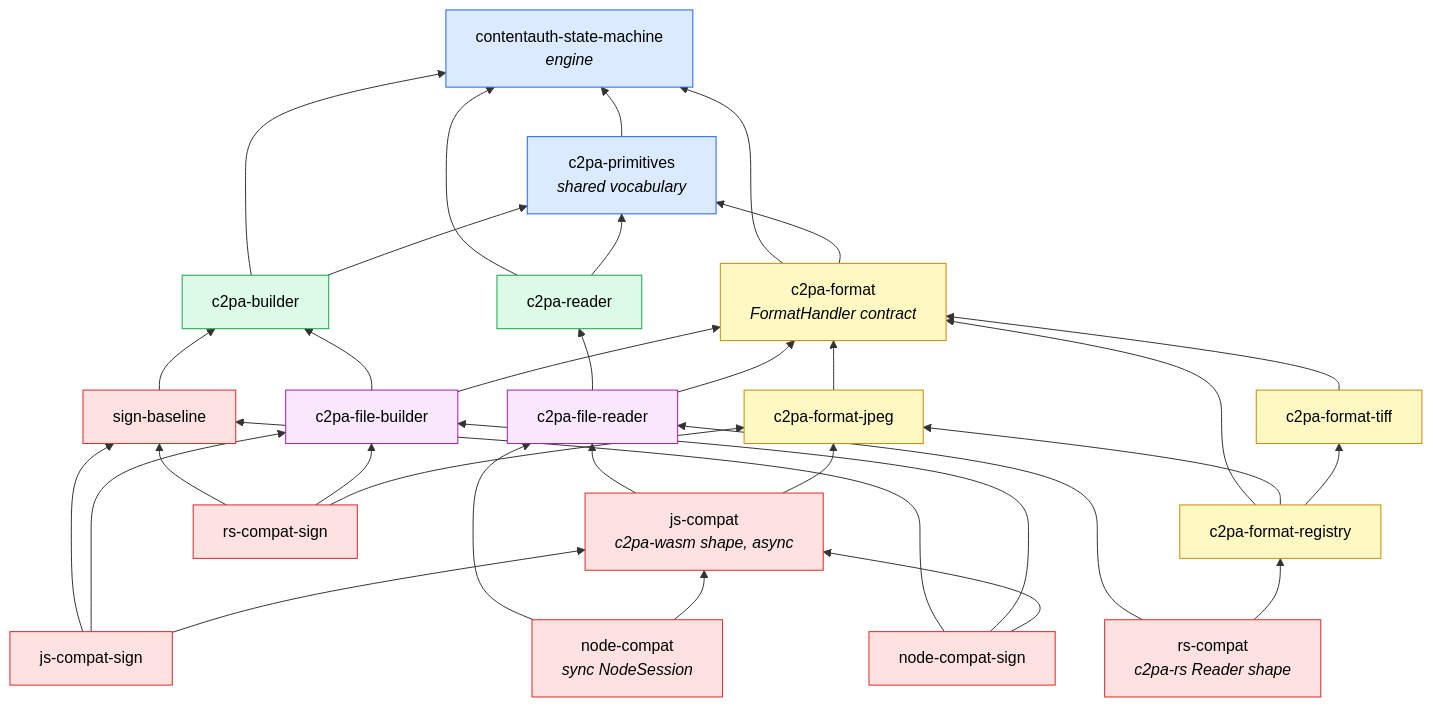
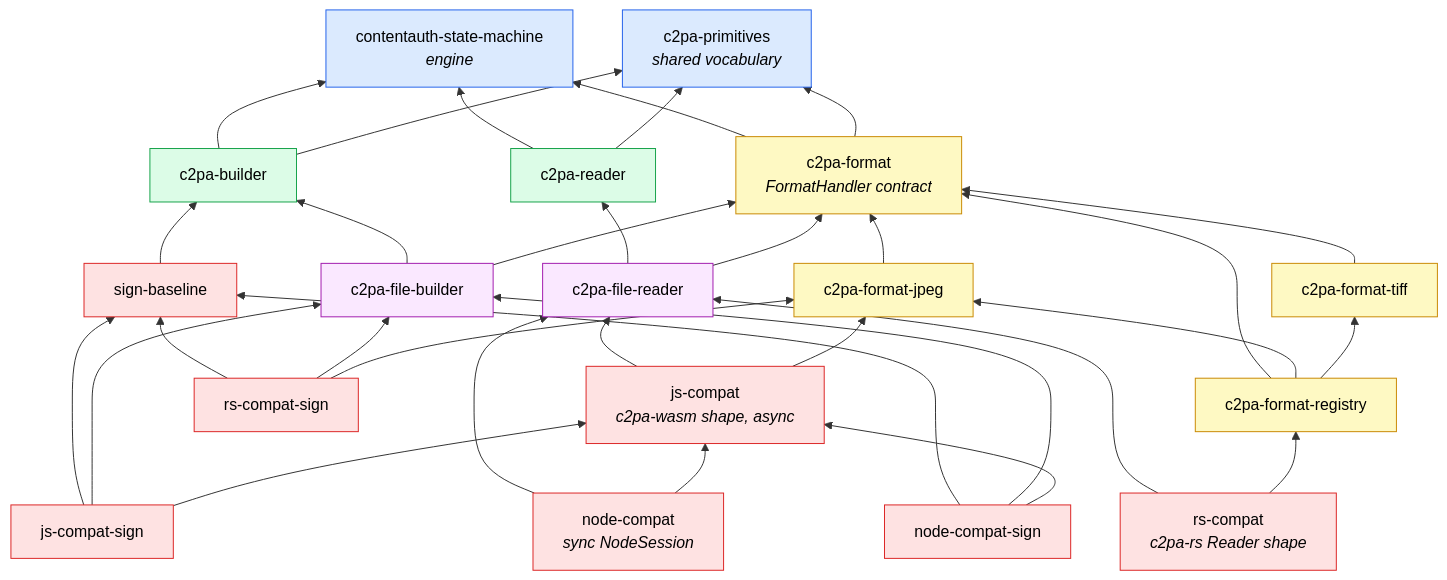
One commit to scouten/state-machine-experiment changed the first of 2 diagrams in docs/walkthrough/02-architecture.md. Above: the diagram before and after it, drawn with Mermaid. The commit also changed other lines of this file and 4 other files, not shown here.

````diff
--- a/docs/walkthrough/02-architecture.md
+++ b/docs/walkthrough/02-architecture.md
@@ -11,53 +11,52 @@
 ```mermaid
 flowchart BT
     SM["contentauth-state-machine<br/><i>engine</i>"]
     PR["c2pa-primitives<br/><i>shared vocabulary</i>"]
 
     RD["c2pa-reader"]
     BD["c2pa-builder"]
     FM["c2pa-format<br/><i>FormatHandler contract</i>"]
 
     JP["c2pa-format-jpeg"]
     TF["c2pa-format-tiff"]
     RG["c2pa-format-registry"]
 
     FR["c2pa-file-reader"]
     FB["c2pa-file-builder"]
 
     RSC["rs-compat<br/><i>c2pa-rs Reader shape</i>"]
     JSC["js-compat<br/><i>c2pa-wasm shape, async</i>"]
     NDC["node-compat<br/><i>sync NodeSession</i>"]
 
     SB["sign-baseline"]
     RSS["rs-compat-sign"]
     JSS["js-compat-sign"]
     NDS["node-compat-sign"]
 
-    PR --> SM
     RD --> SM & PR
     BD --> SM & PR
     FM --> SM & PR
     JP --> FM
     TF --> FM
     RG --> FM & JP & TF
     FR --> RD & FM
     FB --> BD & FM
     RSC --> FR & RG
     JSC --> FR & JP
     NDC --> FR & JSC
     SB --> BD
     RSS --> SB & FB & JP
     JSS --> SB & FB & JSC
     NDS --> SB & FB & JSC
 
     classDef engine fill:#dbeafe,stroke:#2563eb,color:#000
     classDef core fill:#dcfce7,stroke:#16a34a,color:#000
     classDef fmt fill:#fef9c3,stroke:#ca8a04,color:#000
     classDef glue fill:#fae8ff,stroke:#a21caf,color:#000
     classDef bind fill:#fee2e2,stroke:#dc2626,color:#000
     class SM,PR engine
     class RD,BD core
     class FM,JP,TF,RG fmt
     class FR,FB glue
     class RSC,JSC,NDC,SB,RSS,JSS,NDS bind
 ```
````
